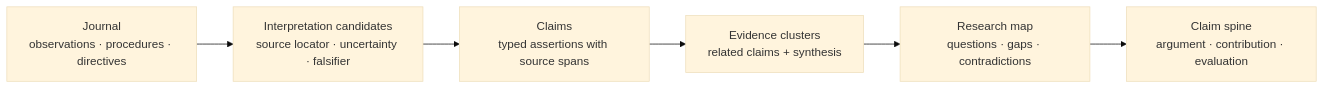
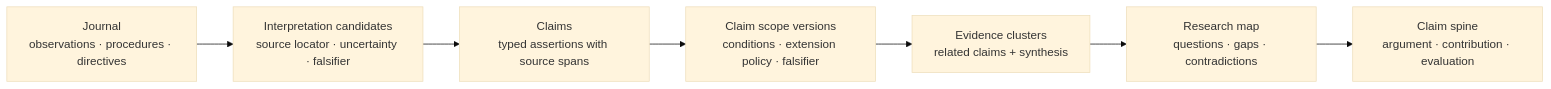
Before and after one commit to infinitywings/rka: the second of 2 diagrams in README.md, drawn with Mermaid (base theme). The commit also changed other lines of this file and 45 other files, not shown here.

Commit message:
feat(research): add canonical claim scope contracts

````diff
--- a/README.md
+++ b/README.md
@@ -64,11 +64,12 @@
 ```mermaid
 flowchart LR
     Journal["Journal<br/>observations · procedures · directives"]
     Candidates["Interpretation candidates<br/>source locator · uncertainty · falsifier"]
     Claims["Claims<br/>typed assertions with source spans"]
+    Scope["Claim scope versions<br/>conditions · extension policy · falsifier"]
     Clusters["Evidence clusters<br/>related claims + synthesis"]
     Questions["Research map<br/>questions · gaps · contradictions"]
     Writing["Claim spine<br/>argument · contribution · evaluation"]
 
-    Journal --> Candidates --> Claims --> Clusters --> Questions --> Writing
+    Journal --> Candidates --> Claims --> Scope --> Clusters --> Questions --> Writing
 ```
````
